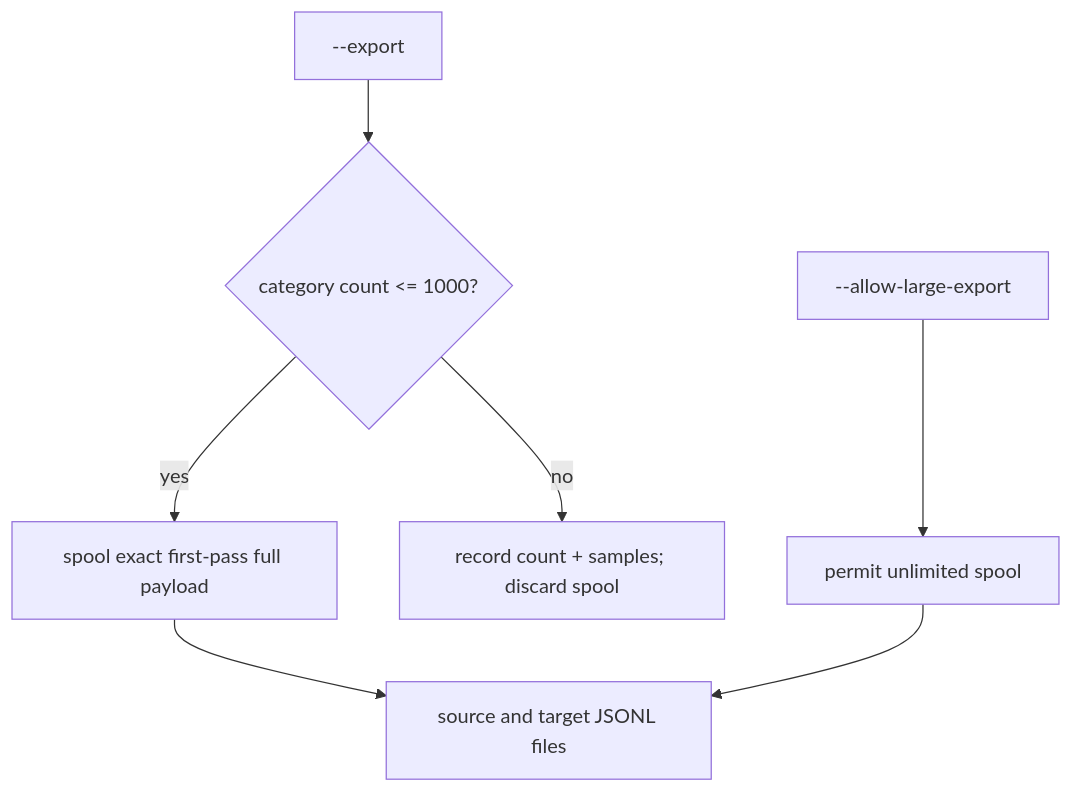
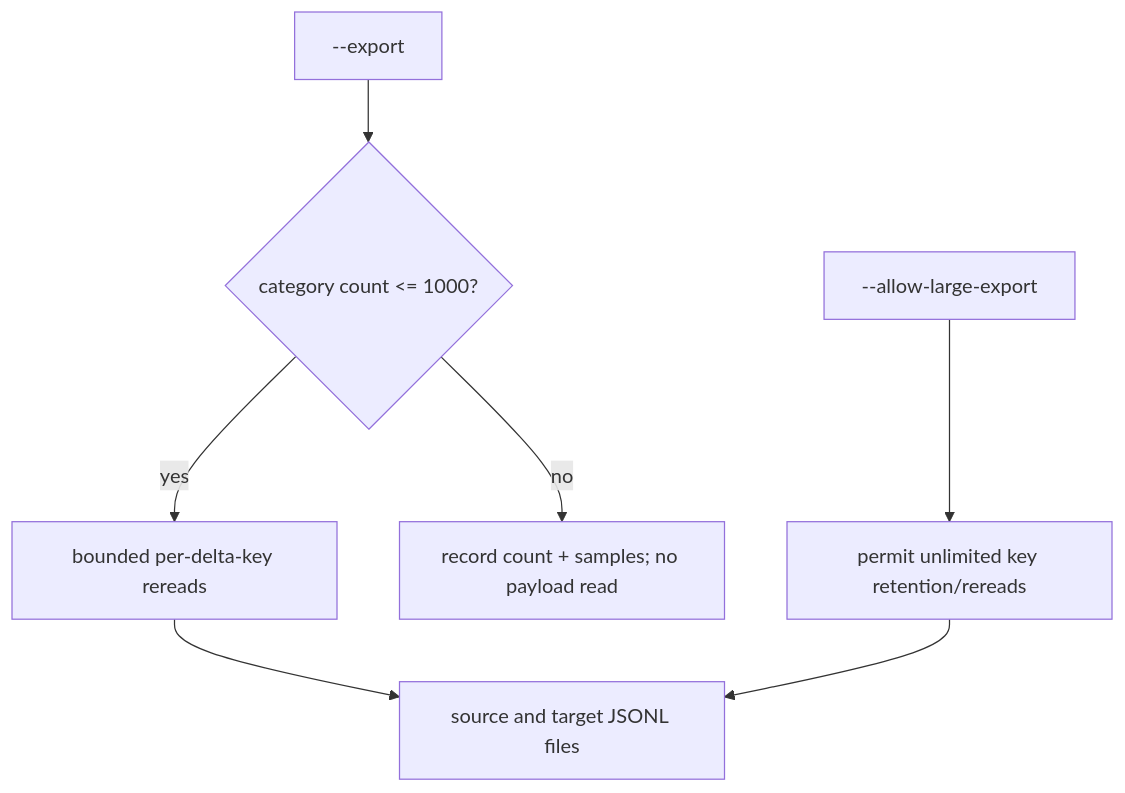
The sixth of 6 diagrams in KN_deltas_reason/Ideas_and_architecture.md (MatevzVidovic/on_the_fly), drawn with Mermaid before and after one commit. The commit also changed other lines of this file and 11 other files, not shown here.

````diff
--- a/KN_deltas_reason/Ideas_and_architecture.md
+++ b/KN_deltas_reason/Ideas_and_architecture.md
@@ -154,9 +159,9 @@
 ```mermaid
 flowchart TD
   A[--export] --> B{category count <= 1000?}
-  B -- yes --> C[spool exact first-pass full payload]
-  B -- no --> D[record count + samples; discard spool]
-  E[--allow-large-export] --> F[permit unlimited spool]
+  B -- yes --> C[bounded per-delta-key rereads]
+  B -- no --> D[record count + samples; no payload read]
+  E[--allow-large-export] --> F[permit unlimited key retention/rereads]
   C --> G[source and target JSONL files]
   F --> G
 ```
````
